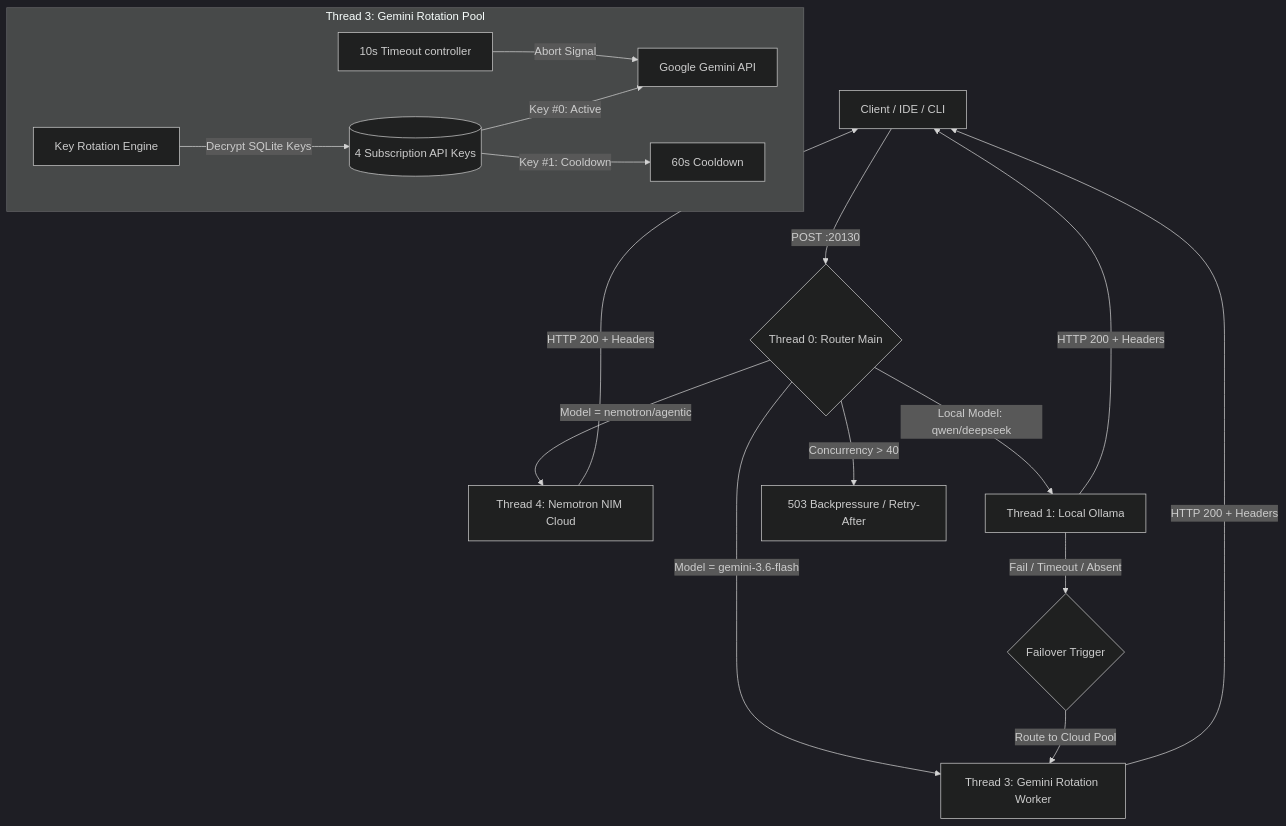
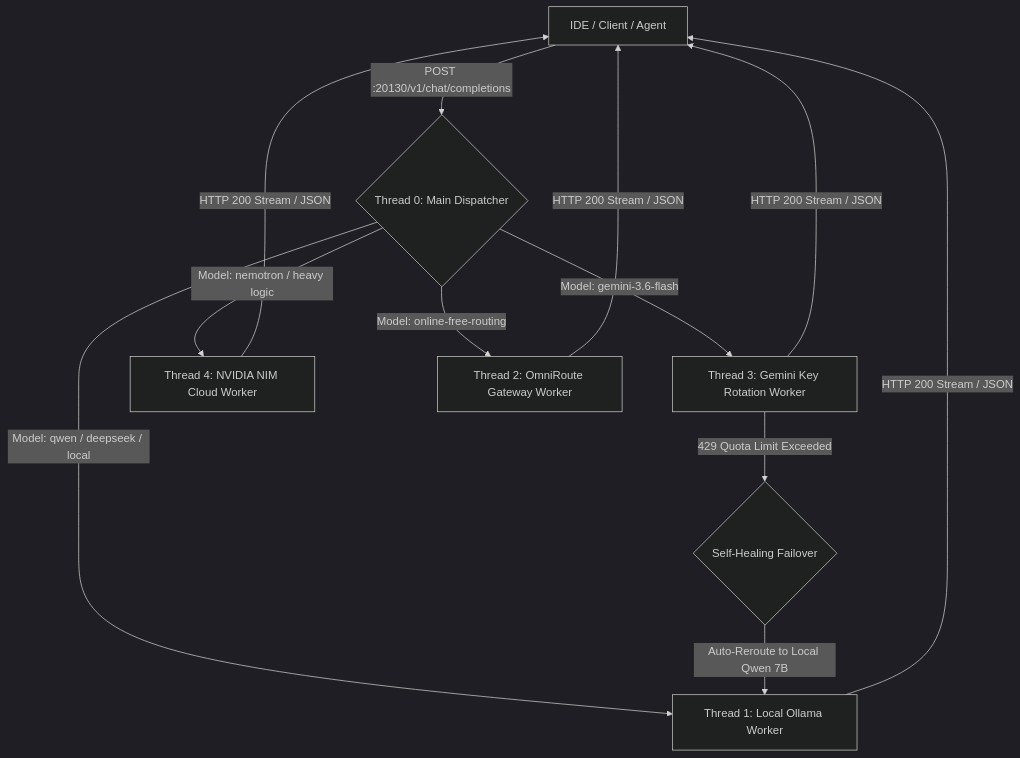
Before and after one commit to Sadique721/MSA-Router: the first of 3 diagrams in GA_PRODUCTION_STACK_DOCUMENTATION.md, drawn with Mermaid (dark theme). The commit also changed other lines of this file, not shown here.

````diff
--- a/GA_PRODUCTION_STACK_DOCUMENTATION.md
+++ b/GA_PRODUCTION_STACK_DOCUMENTATION.md
@@ -23,29 +38,20 @@
 ```mermaid
 flowchart TD
-    Client[Client / IDE / CLI] -->|POST :20130| Thread0{Thread 0: Router Main}
-    
+    Client[IDE / Client / Agent] -->|POST :20130/v1/chat/completions| T0{Thread 0: Main Dispatcher}
+
     %% Routing Decisions
-    Thread0 -->|Model = nemotron/agentic| Thread4[Thread 4: Nemotron NIM Cloud]
-    Thread0 -->|Local Model: qwen/deepseek| Thread1[Thread 1: Local Ollama]
-    Thread0 -->|Model = gemini-3.6-flash| Thread3[Thread 3: Gemini Rotation Worker]
-    
-    %% Fallback Actions
-    Thread1 -->|Fail / Timeout / Absent| Failover{Failover Trigger}
-    Failover -->|Route to Cloud Pool| Thread3
-    
-    %% Worker Internal Architecture
-    subgraph Thread3_Detail [Thread 3: Gemini Rotation Pool]
-        T3_Engine[Key Rotation Engine] -->|Decrypt SQLite Keys| KeyStore[(4 Subscription API Keys)]
-        KeyStore -->|Key #0: Active| API_Call[Google Gemini API]
-        KeyStore -->|Key #1: Cooldown| Cooldown[60s Cooldown]
-        KeyTimeout[10s Timeout controller] -->|Abort Signal| API_Call
-    end
-    
-    %% Responses
-    Thread1 -->|HTTP 200 + Headers| Client
-    Thread3 -->|HTTP 200 + Headers| Client
-    Thread4 -->|HTTP 200 + Headers| Client
-    
-    %% Backpressure
-    Thread0 -->|Concurrency > 40| Throttler[503 Backpressure / Retry-After]
+    T0 -->|Model: qwen / deepseek / local| T1[Thread 1: Local Ollama Worker]
+    T0 -->|Model: gemini-3.6-flash| T3[Thread 3: Gemini Key Rotation Worker]
+    T0 -->|Model: nemotron / heavy logic| T4[Thread 4: NVIDIA NIM Cloud Worker]
+    T0 -->|Model: online-free-routing| T2[Thread 2: OmniRoute Gateway Worker]
+
+    %% Failover Mechanism
+    T3 -->|429 Quota Limit Exceeded| Failover{Self-Healing Failover}
+    Failover -->|Auto-Reroute to Local Qwen 7B| T1
+
+    %% Workers Output
+    T1 -->|HTTP 200 Stream / JSON| Client
+    T2 -->|HTTP 200 Stream / JSON| Client
+    T3 -->|HTTP 200 Stream / JSON| Client
+    T4 -->|HTTP 200 Stream / JSON| Client
 ```
````
